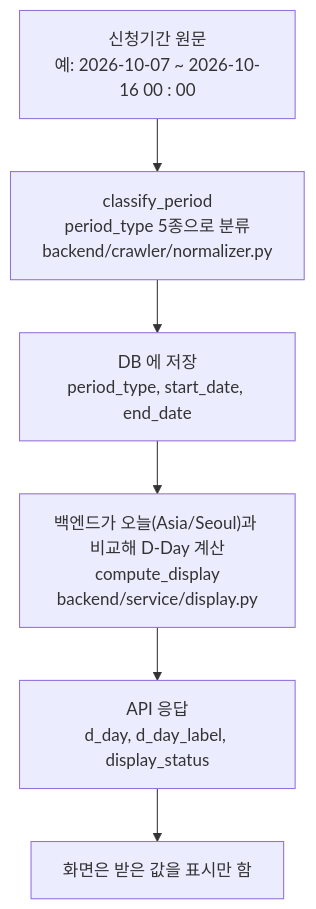
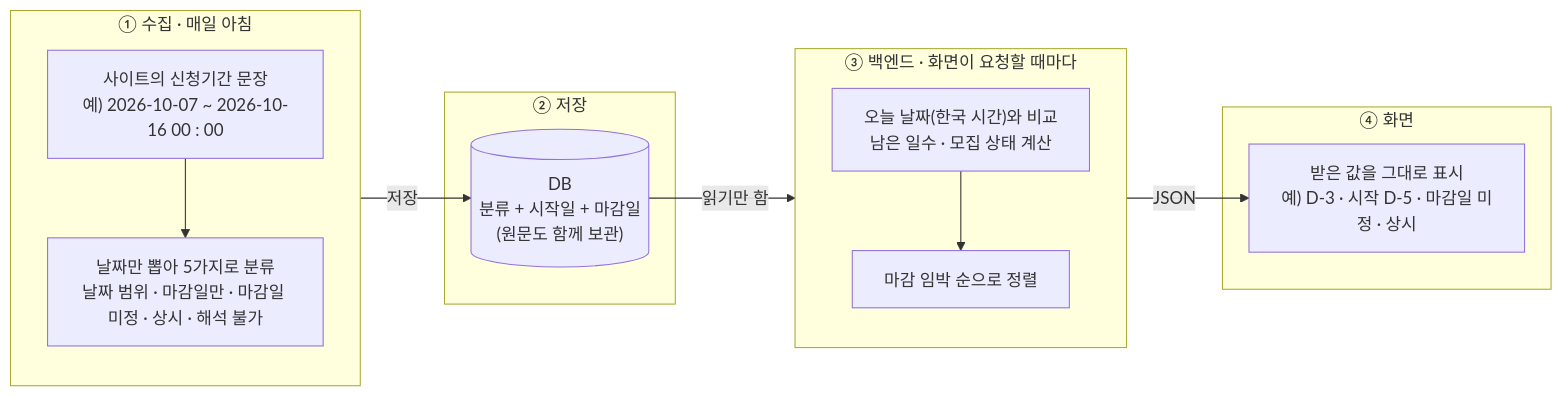
The second of 2 diagrams in README.md (a38200-pixel/Seoul-youth-policy-crawler-website), drawn with Mermaid before and after one commit. The commit also changed other lines of this file, not shown here.

````diff
--- a/README.md
+++ b/README.md
@@ -60,10 +83,28 @@
 ```mermaid
-flowchart TD
-    A["신청기간 원문<br/>예: 2026-10-07 ~ 2026-10-16 00 : 00"]
-    B["classify_period<br/>period_type 5종으로 분류<br/>backend/crawler/normalizer.py"]
-    C["DB 에 저장<br/>period_type, start_date, end_date"]
-    D["백엔드가 오늘(Asia/Seoul)과 비교해 D-Day 계산<br/>compute_display<br/>backend/service/display.py"]
-    E["API 응답<br/>d_day, d_day_label, display_status"]
-    F["화면은 받은 값을 표시만 함"]
-    A --> B --> C --> D --> E --> F
+flowchart LR
+    subgraph S1["① 수집 · 매일 아침"]
+        direction TB
+        A["사이트의 신청기간 문장<br/>예) 2026-10-07 ~ 2026-10-16 00 : 00"]
+        B["날짜만 뽑아 5가지로 분류<br/>날짜 범위 · 마감일만 · 마감일 미정 · 상시 · 해석 불가"]
+        A --> B
+    end
+
+    subgraph S2["② 저장"]
+        C[("DB<br/>분류 + 시작일 + 마감일<br/>(원문도 함께 보관)")]
+    end
+
+    subgraph S3["③ 백엔드 · 화면이 요청할 때마다"]
+        direction TB
+        D["오늘 날짜(한국 시간)와 비교<br/>남은 일수 · 모집 상태 계산"]
+        E["마감 임박 순으로 정렬"]
+        D --> E
+    end
+
+    subgraph S4["④ 화면"]
+        F["받은 값을 그대로 표시<br/>예) D-3 · 시작 D-5 · 마감일 미정 · 상시"]
+    end
+
+    B -->|"저장"| C
+    C -->|"읽기만 함"| D
+    E -->|"JSON"| F
 ```
````
